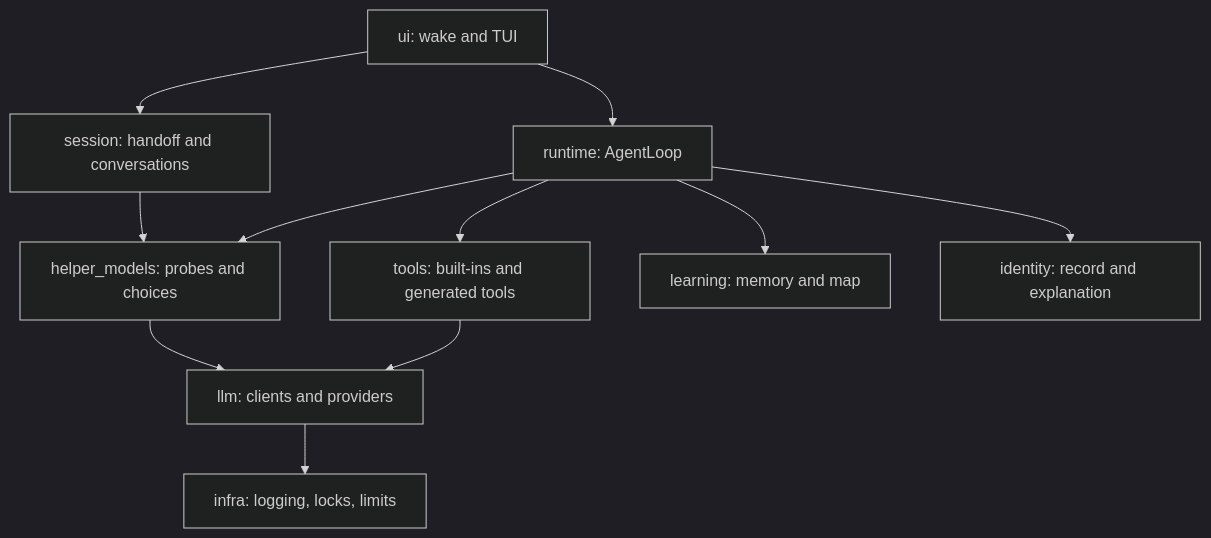
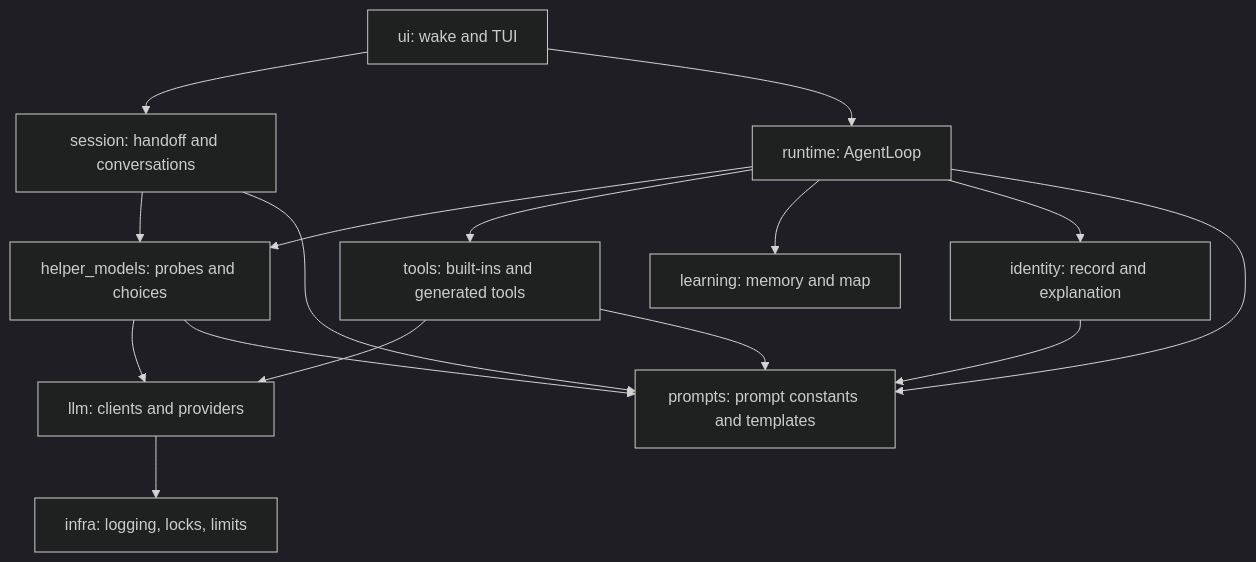
Before and after one commit to FatinShadab/self: the diagram in agent/README.md, drawn with Mermaid (dark theme). The commit also changed other lines of this file and 3 other files, not shown here.

````diff
--- a/agent/README.md
+++ b/agent/README.md
@@ -9,13 +9,18 @@
 ```mermaid
 flowchart TD
   UI[ui: wake and TUI] --> Session[session: handoff and conversations]
   UI --> Runtime[runtime: AgentLoop]
   Session --> Helpers[helper_models: probes and choices]
   Runtime --> Helpers
   Runtime --> Tools[tools: built-ins and generated tools]
   Runtime --> Learning[learning: memory and map]
   Runtime --> Identity[identity: record and explanation]
   Helpers --> LLM[llm: clients and providers]
   Tools --> LLM
   LLM --> Infra[infra: logging, locks, limits]
+  Runtime --> Prompts[prompts: prompt constants and templates]
+  Session --> Prompts
+  Helpers --> Prompts
+  Tools --> Prompts
+  Identity --> Prompts
 ```
````
